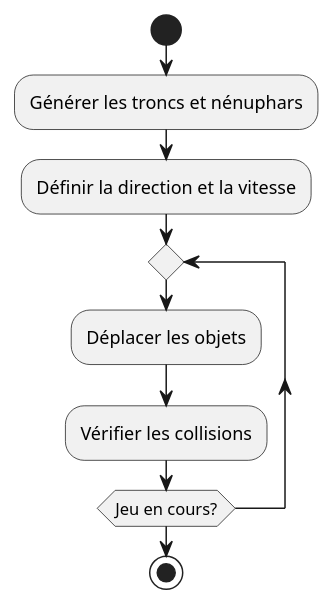
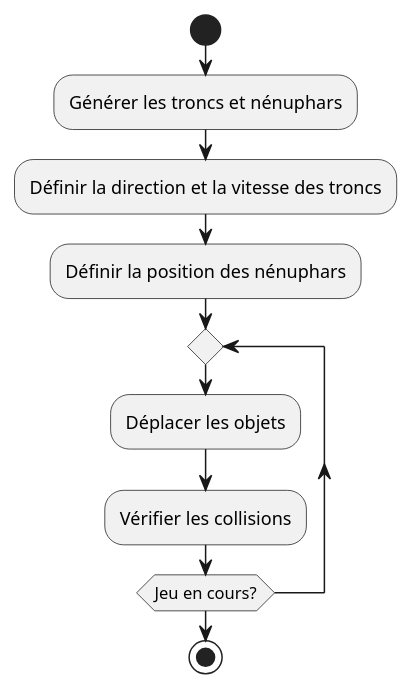
One commit to LosVerinos/Crossy-Road changed the diagram in Analyse/UseCase/movingObjectPlateforme.puml. Above: the diagram before and after it, drawn with PlantUML. The commit also changed 13 other files, not shown here.

Commit message:
Modifications de certains diagrammes

```diff
--- a/Analyse/UseCase/movingObjectPlateforme.puml
+++ b/Analyse/UseCase/movingObjectPlateforme.puml
@@ -1,12 +1,13 @@
 @startuml movingObjectsPlateformeUC
 |Système|
 start
 :Générer les troncs et nénuphars;
-:Définir la direction et la vitesse;
+:Définir la direction et la vitesse des troncs;
+:Définir la position des nénuphars;
 
 repeat
     :Déplacer les objets;
     :Vérifier les collisions;
 repeat while (Jeu en cours?)
 stop
 @enduml
```
